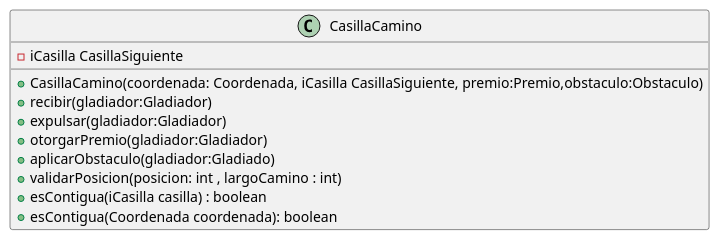
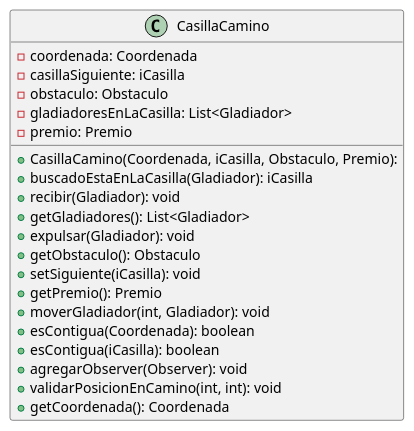
The diagram in diagrams/clases/casilla/clase_casilla.plantuml (mcumskov/Algo3_tp2), drawn with PlantUML before and after one commit. The commit also changed 25 other files, not shown here.

Commit message:
actualizo mas diagramas

```diff
--- a/diagrams/clases/casilla/clase_casilla.plantuml
+++ b/diagrams/clases/casilla/clase_casilla.plantuml
@@ -1,13 +1,26 @@
 @startuml
+skinparam linetype ortho
+
 class CasillaCamino {
-    - iCasilla CasillaSiguiente
-    + CasillaCamino(coordenada: Coordenada, iCasilla CasillaSiguiente, premio:Premio,obstaculo:Obstaculo)
-    + recibir(gladiador:Gladiador)
-    + expulsar(gladiador:Gladiador)
-    + otorgarPremio(gladiador:Gladiador)
-    + aplicarObstaculo(gladiador:Gladiado)
-    + validarPosicion(posicion: int , largoCamino : int)
-    + esContigua(iCasilla casilla) : boolean
-    + esContigua(Coordenada coordenada): boolean
+  + CasillaCamino(Coordenada, iCasilla, Obstaculo, Premio):
+  - coordenada: Coordenada
+  - casillaSiguiente: iCasilla
+  - obstaculo: Obstaculo
+  - gladiadoresEnLaCasilla: List<Gladiador>
+  - premio: Premio
+  + buscadoEstaEnLaCasilla(Gladiador): iCasilla
+  + recibir(Gladiador): void
+  + getGladiadores(): List<Gladiador>
+  + expulsar(Gladiador): void
+  + getObstaculo(): Obstaculo
+  + setSiguiente(iCasilla): void
+  + getPremio(): Premio
+  + moverGladiador(int, Gladiador): void
+  + esContigua(Coordenada): boolean
+  + esContigua(iCasilla): boolean
+  + agregarObserver(Observer): void
+  + validarPosicionEnCamino(int, int): void
+  + getCoordenada(): Coordenada
 }
+
 @enduml
```
